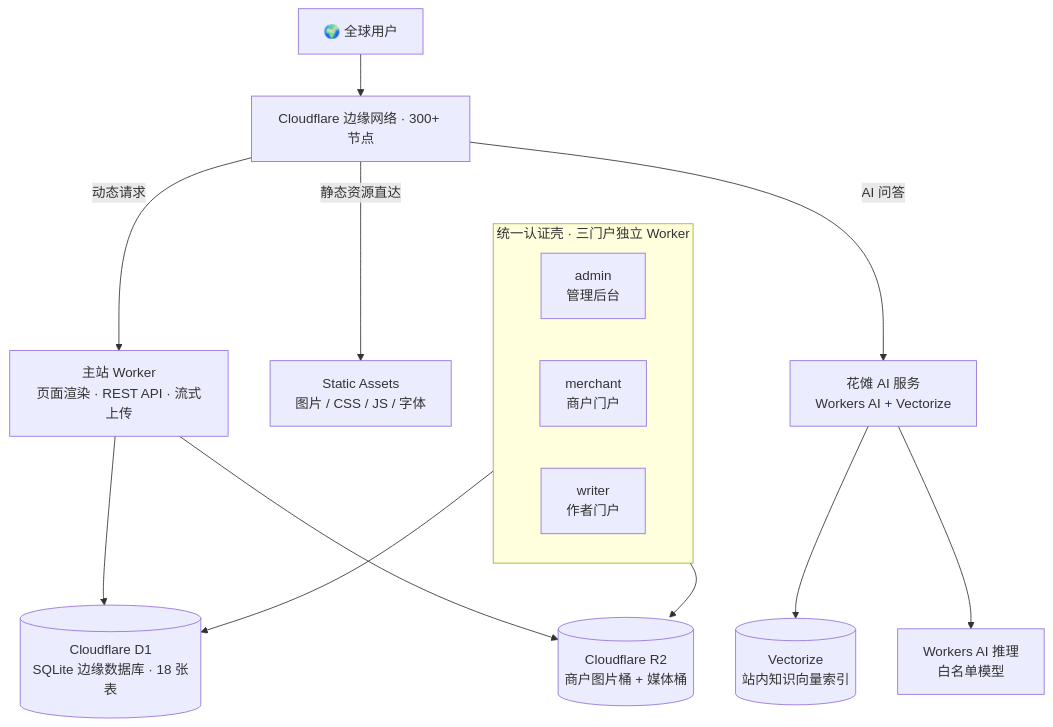
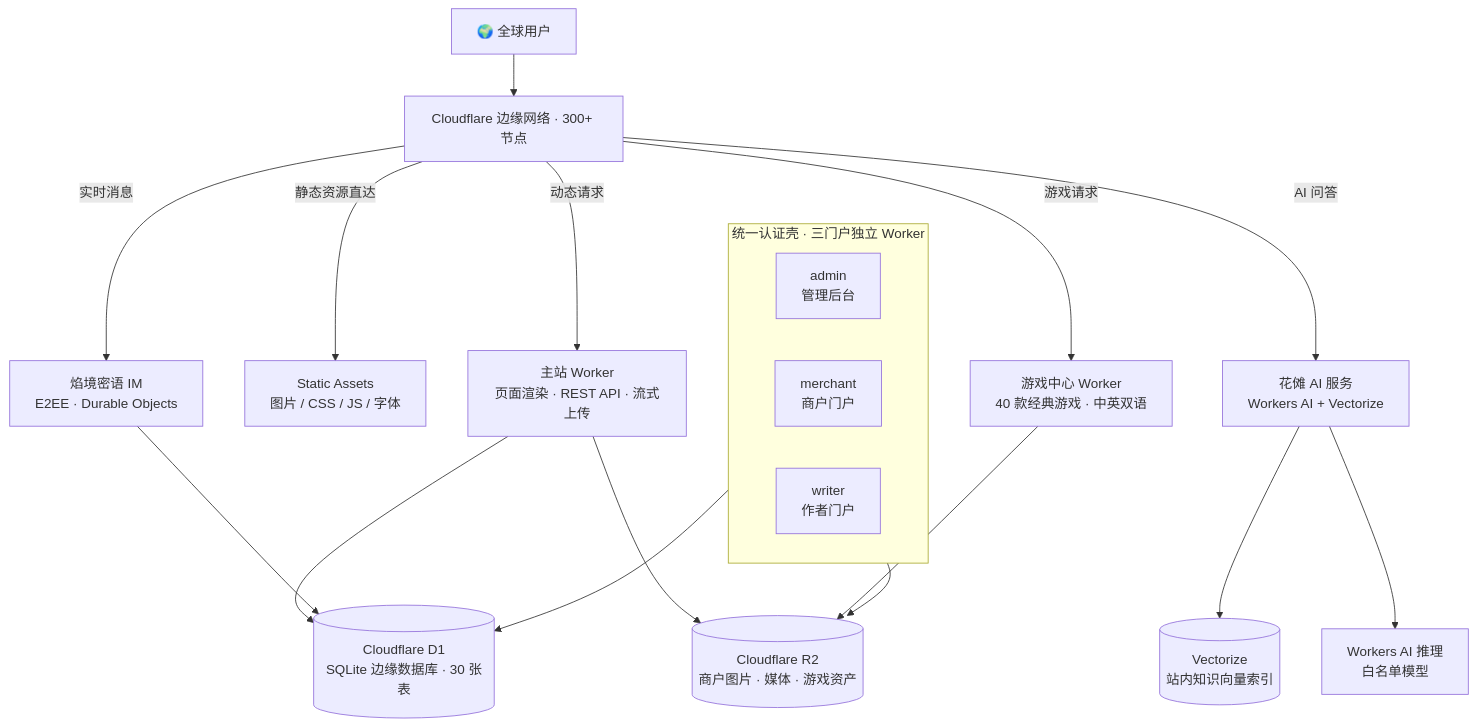
The diagram in README.md (nathanpenny520/whizzzest.com), drawn with Mermaid before and after one commit. The commit also changed other lines of this file and 2 other files, not shown here.

````diff
--- a/README.md
+++ b/README.md
@@ -119,24 +128,28 @@
 ```mermaid
 flowchart TB
     U["🌍 全球用户"] --> EDGE["Cloudflare 边缘网络 · 300+ 节点"]
 
     EDGE -->|"静态资源直达"| ASSETS["Static Assets<br/>图片 / CSS / JS / 字体"]
     EDGE -->|"动态请求"| MAIN["主站 Worker<br/>页面渲染 · REST API · 流式上传"]
     EDGE -->|"AI 问答"| AIW["花傩 AI 服务<br/>Workers AI + Vectorize"]
+    EDGE -->|"实时消息"| IM["焰境密语 IM<br/>E2EE · Durable Objects"]
+    EDGE -->|"游戏请求"| GAME["游戏中心 Worker<br/>40 款经典游戏 · 中英双语"]
 
-    MAIN --> D1[("Cloudflare D1<br/>SQLite 边缘数据库 · 18 张表")]
-    MAIN --> R2[("Cloudflare R2<br/>商户图片桶 + 媒体桶")]
+    MAIN --> D1[("Cloudflare D1<br/>SQLite 边缘数据库 · 30 张表")]
+    MAIN --> R2[("Cloudflare R2<br/>商户图片 · 媒体 · 游戏资产")]
 
     subgraph PORTALS["统一认证壳 · 三门户独立 Worker"]
         direction LR
         ADMIN["admin<br/>管理后台"]
         MER["merchant<br/>商户门户"]
         WRI["writer<br/>作者门户"]
     end
 
     AIW --> VEC[("Vectorize<br/>站内知识向量索引")]
     AIW --> MODELS["Workers AI 推理<br/>白名单模型"]
 
     PORTALS --> D1
     MER --> R2
+    IM --> D1
+    GAME --> R2
 ```
````
